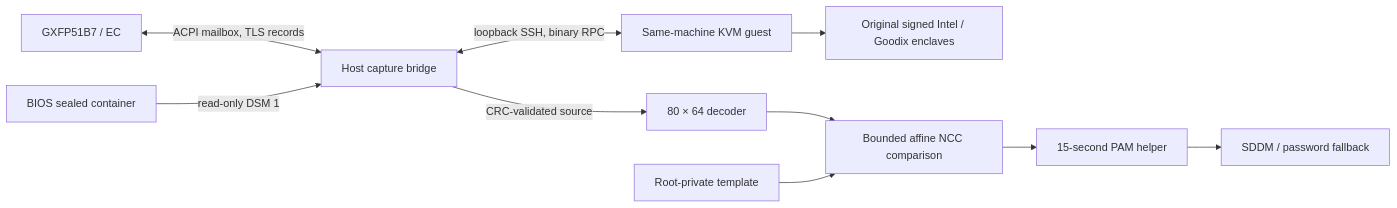
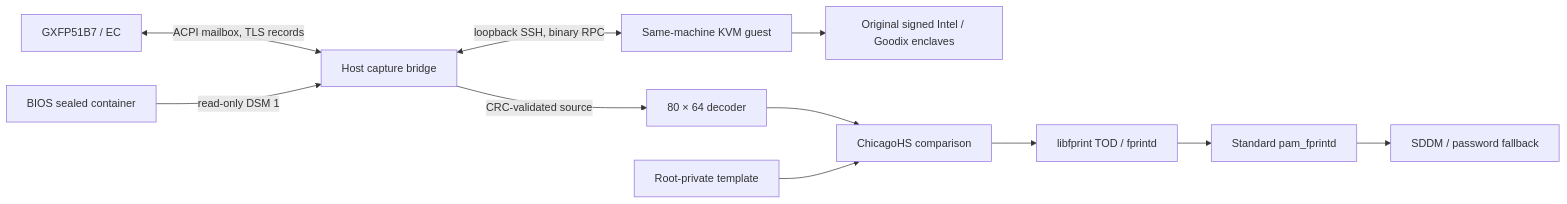
The diagram in docs/ARCHITECTURE.md (iMMIQ/gxfp51b7-linux), drawn with Mermaid before and after one commit. The commit also changed other lines of this file and 58 other files, not shown here.

Commit message:
Add ChicagoHS backend and standard libfprint/fprintd integration

````diff
--- a/docs/ARCHITECTURE.md
+++ b/docs/ARCHITECTURE.md
@@ -5,12 +5,13 @@
 ```mermaid
 flowchart LR
   S[GXFP51B7 / EC] <-->|ACPI mailbox, TLS records| H[Host capture bridge]
   B[BIOS sealed container] -->|read-only DSM 1| H
   H <-->|loopback SSH, binary RPC| G[Same-machine KVM guest]
   G --> E[Original signed Intel / Goodix enclaves]
   H -->|CRC-validated source| D[80 × 64 decoder]
-  D --> M[Bounded affine NCC comparison]
+  D --> M[ChicagoHS comparison]
   T[Root-private template] --> M
-  M --> P[15-second PAM helper]
+  M --> F[libfprint TOD / fprintd]
+  F --> P[Standard pam_fprintd]
   P --> L[SDDM / password fallback]
 ```
````
